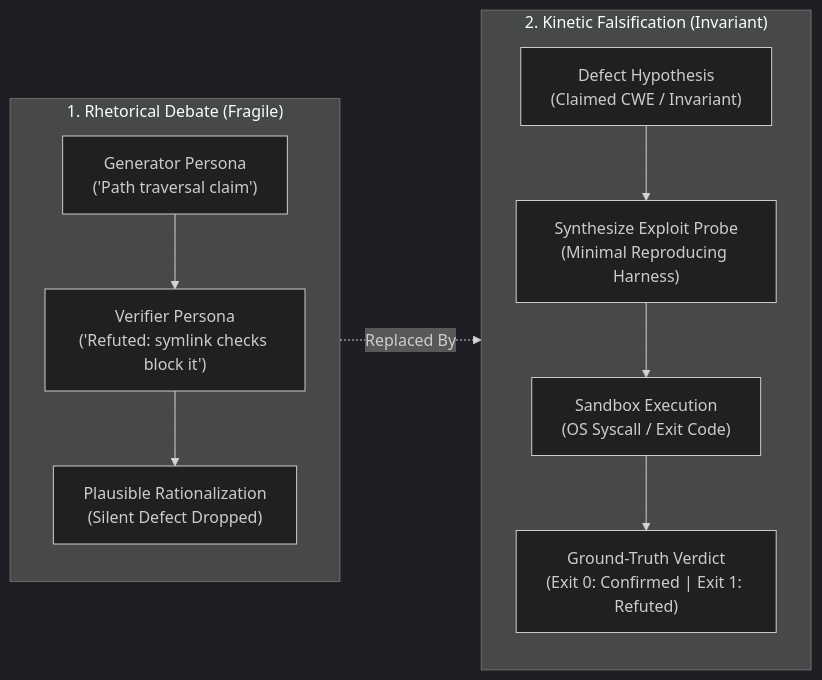
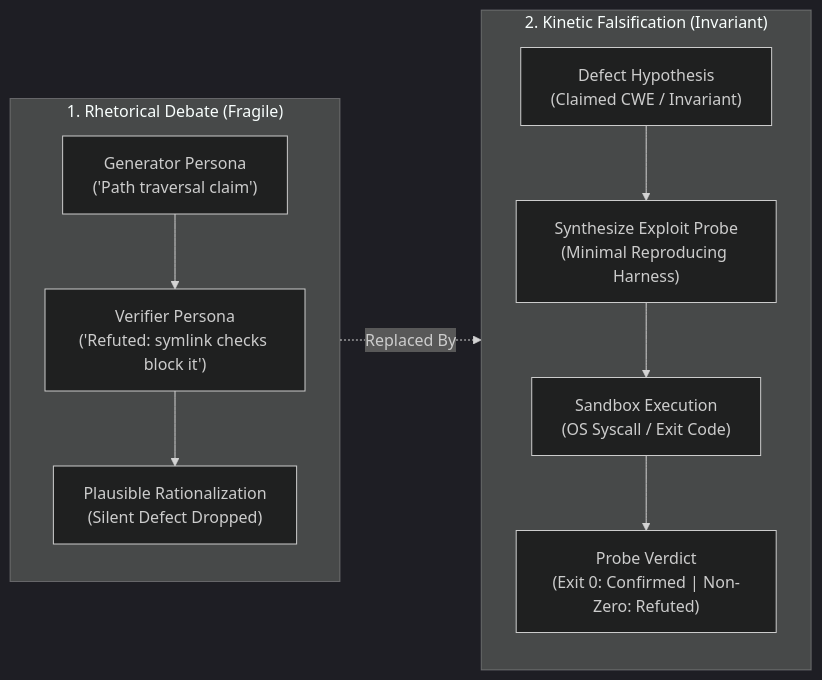
The first of 2 diagrams in observations/systems/30-kinetic-falsification-and-the-ephemeral-exploit-harness.md (dan-petty/vibes), drawn with Mermaid (dark theme) before and after one commit. The commit also changed other lines of this file and 248 other files, not shown here.

````diff
--- a/observations/systems/30-kinetic-falsification-and-the-ephemeral-exploit-harness.md
+++ b/observations/systems/30-kinetic-falsification-and-the-ephemeral-exploit-harness.md
@@ -26,21 +26,21 @@
 ```mermaid
 flowchart LR
     subgraph RhetoricalMode ["1. Rhetorical Debate (Fragile)"]
         direction TB
         GenPersona["Generator Persona<br/>('Path traversal claim')"]
         VerPersona["Verifier Persona<br/>('Refuted: symlink checks block it')"]
         HallucinatedMitigation["Plausible Rationalization<br/>(Silent Defect Dropped)"]
         GenPersona --> VerPersona --> HallucinatedMitigation
     end
 
     subgraph KineticMode ["2. Kinetic Falsification (Invariant)"]
         direction TB
         CandidateFinding["Defect Hypothesis<br/>(Claimed CWE / Invariant)"]
         ExploitProbe["Synthesize Exploit Probe<br/>(Minimal Reproducing Harness)"]
         SandboxExecution["Sandbox Execution<br/>(OS Syscall / Exit Code)"]
-        KernelVerdict["Ground-Truth Verdict<br/>(Exit 0: Confirmed | Exit 1: Refuted)"]
+        KernelVerdict["Probe Verdict<br/>(Exit 0: Confirmed | Non-Zero: Refuted)"]
         CandidateFinding --> ExploitProbe --> SandboxExecution --> KernelVerdict
     end
 
     RhetoricalMode -.->|"Replaced By"| KineticMode
 ```
````
